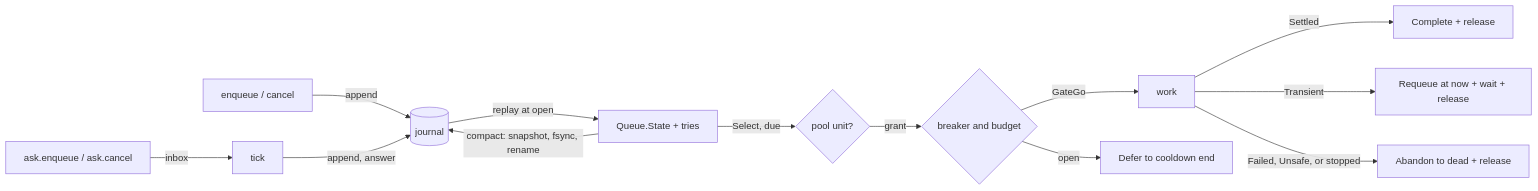
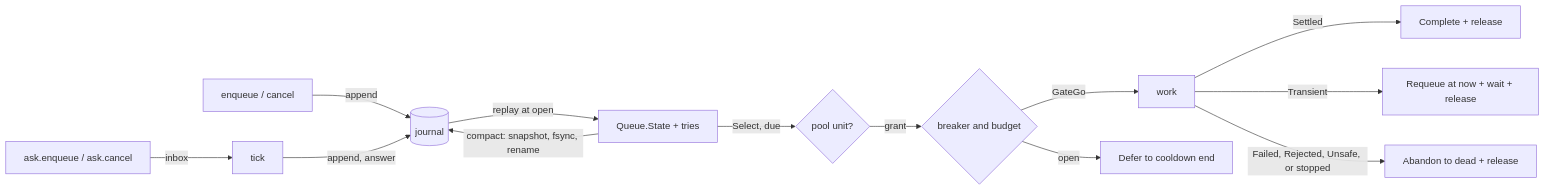
Before and after one commit to MuhDur/bend-kit: the diagram in runner/README.md, drawn with Mermaid. The commit also changed other lines of this file and 9 other files, not shown here.

````diff
--- a/runner/README.md
+++ b/runner/README.md
@@ -11,15 +11,15 @@
 ```mermaid
 flowchart LR
   E[enqueue / cancel] -->|append| J[(journal)]
   A[ask.enqueue / ask.cancel] -->|inbox| T[tick]
   T -->|append, answer| J
   J -->|replay at open| S[Queue.State + tries]
   S -->|Select, due| P{pool unit?}
   P -->|grant| B{breaker and budget}
   B -->|GateGo| W[work]
   B -->|open| D[Defer to cooldown end]
   W -->|Settled| C[Complete + release]
   W -->|Transient| Rq[Requeue at now + wait + release]
-  W -->|Failed, Unsafe, or stopped| X[Abandon to dead + release]
+  W -->|Failed, Rejected, Unsafe, or stopped| X[Abandon to dead + release]
   S -->|compact: snapshot, fsync, rename| J
 ```
````
